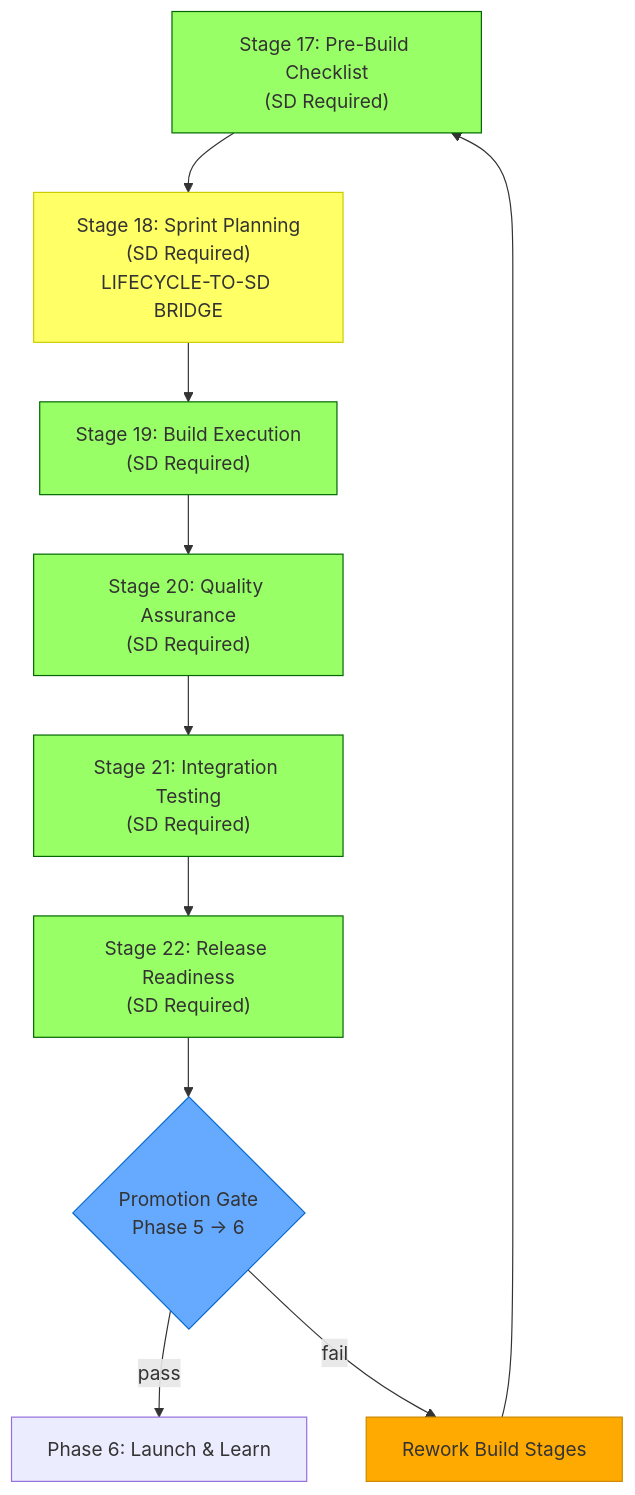
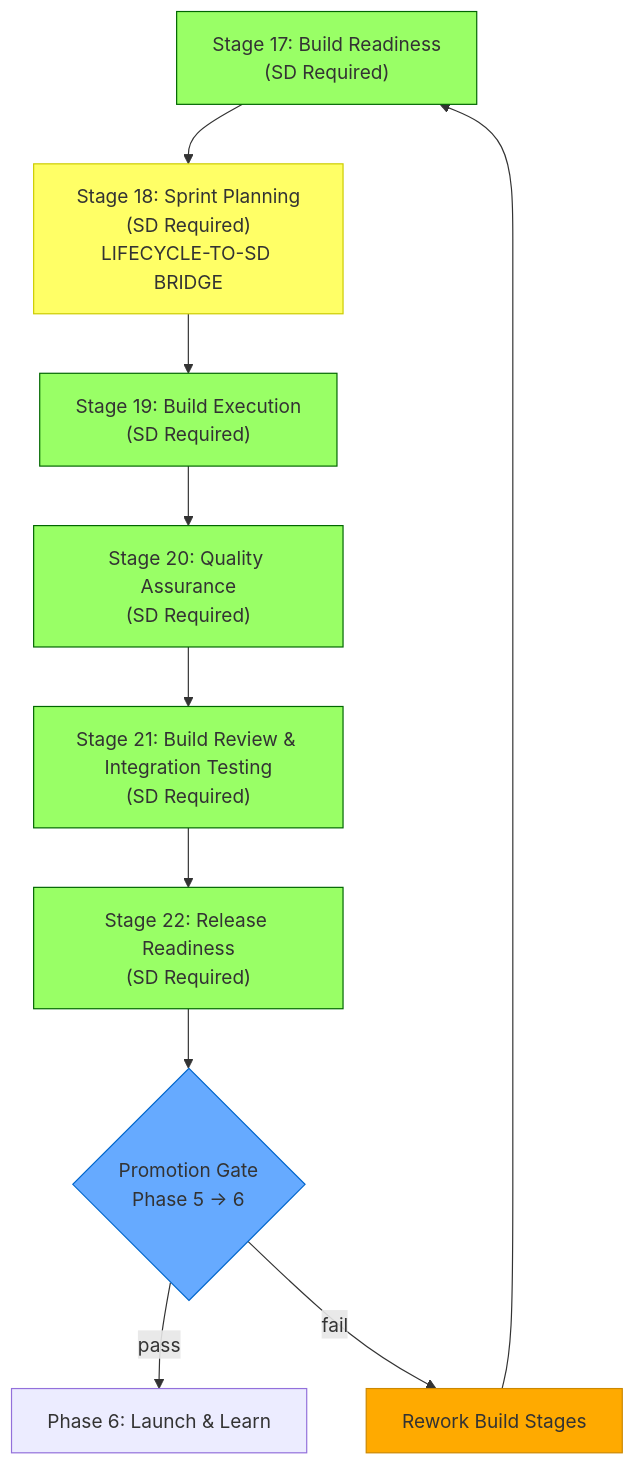
The diagram in docs/guides/workflow/cli-venture-lifecycle/stages/phase-05-the-build-loop.md (rickfelix/EHG_Engineer), drawn with Mermaid before and after one commit. The commit also changed other lines of this file and 5 other files, not shown here.

````diff
--- a/docs/guides/workflow/cli-venture-lifecycle/stages/phase-05-the-build-loop.md
+++ b/docs/guides/workflow/cli-venture-lifecycle/stages/phase-05-the-build-loop.md
@@ -142,25 +142,25 @@
 ```mermaid
 flowchart TD
-    S17["Stage 17: Pre-Build Checklist\n(SD Required)"]
+    S17["Stage 17: Build Readiness\n(SD Required)"]
     S18["Stage 18: Sprint Planning\n(SD Required)\nLIFECYCLE-TO-SD BRIDGE"]
     S19["Stage 19: Build Execution\n(SD Required)"]
     S20["Stage 20: Quality Assurance\n(SD Required)"]
-    S21["Stage 21: Integration Testing\n(SD Required)"]
+    S21["Stage 21: Build Review & Integration Testing\n(SD Required)"]
     S22["Stage 22: Release Readiness\n(SD Required)"]
     PG{"Promotion Gate\nPhase 5 -> 6"}
 
     S17 --> S18 --> S19 --> S20 --> S21 --> S22
     S22 --> PG
     PG -->|pass| PHASE6["Phase 6: Launch & Learn"]
     PG -->|fail| REWORK["Rework Build Stages"]
     REWORK --> S17
 
     style S17 fill:#9f6,stroke:#060
     style S18 fill:#ff6,stroke:#cc0
     style S19 fill:#9f6,stroke:#060
     style S20 fill:#9f6,stroke:#060
     style S21 fill:#9f6,stroke:#060
     style S22 fill:#9f6,stroke:#060
     style PG fill:#6af,stroke:#06c
     style REWORK fill:#fa0,stroke:#c80
 ```
````
